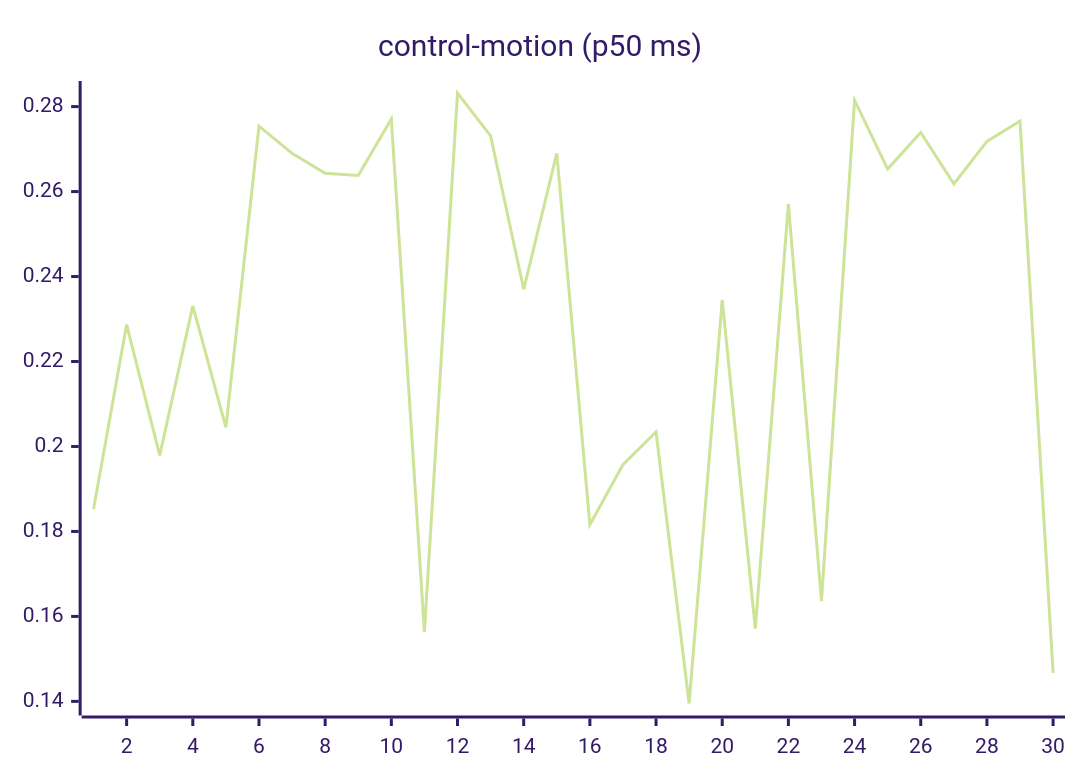
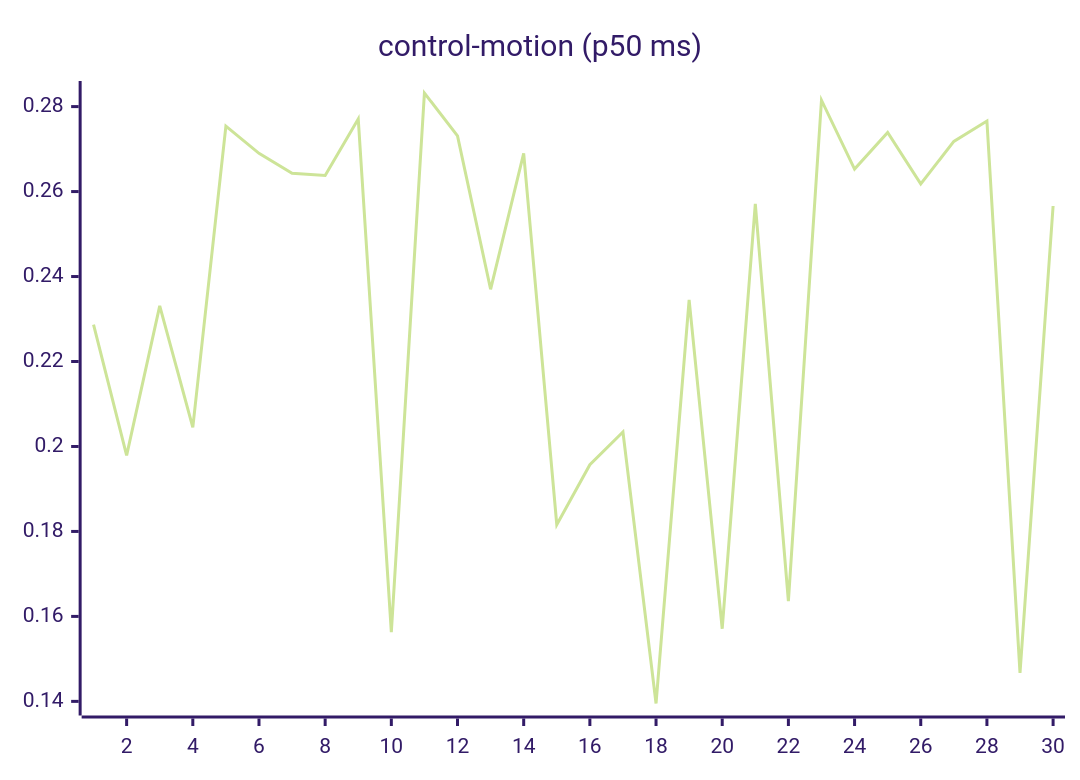
One commit to josha/Facet changed the seventh of 27 diagrams in README.md. Above: the diagram before and after it, drawn with Mermaid (forest theme). The commit also changed other lines of this file and 2 other files, not shown here.

````diff
--- a/README.md
+++ b/README.md
@@ -105,6 +105,6 @@
 ```mermaid
 xychart-beta
     title "control-motion (p50 ms)"
     x-axis 1 --> 30
-    line [0.1852, 0.2287, 0.1979, 0.2331, 0.2045, 0.2754, 0.2690, 0.2643, 0.2638, 0.2771, 0.1563, 0.2832, 0.2731, 0.2370, 0.2690, 0.1816, 0.1957, 0.2034, 0.1395, 0.2345, 0.1571, 0.2571, 0.1636, 0.2815, 0.2653, 0.2739, 0.2618, 0.2718, 0.2766, 0.1467]
+    line [0.2287, 0.1979, 0.2331, 0.2045, 0.2754, 0.2690, 0.2643, 0.2638, 0.2771, 0.1563, 0.2832, 0.2731, 0.2370, 0.2690, 0.1816, 0.1957, 0.2034, 0.1395, 0.2345, 0.1571, 0.2571, 0.1636, 0.2815, 0.2653, 0.2739, 0.2618, 0.2718, 0.2766, 0.1467, 0.2566]
 ```
````
